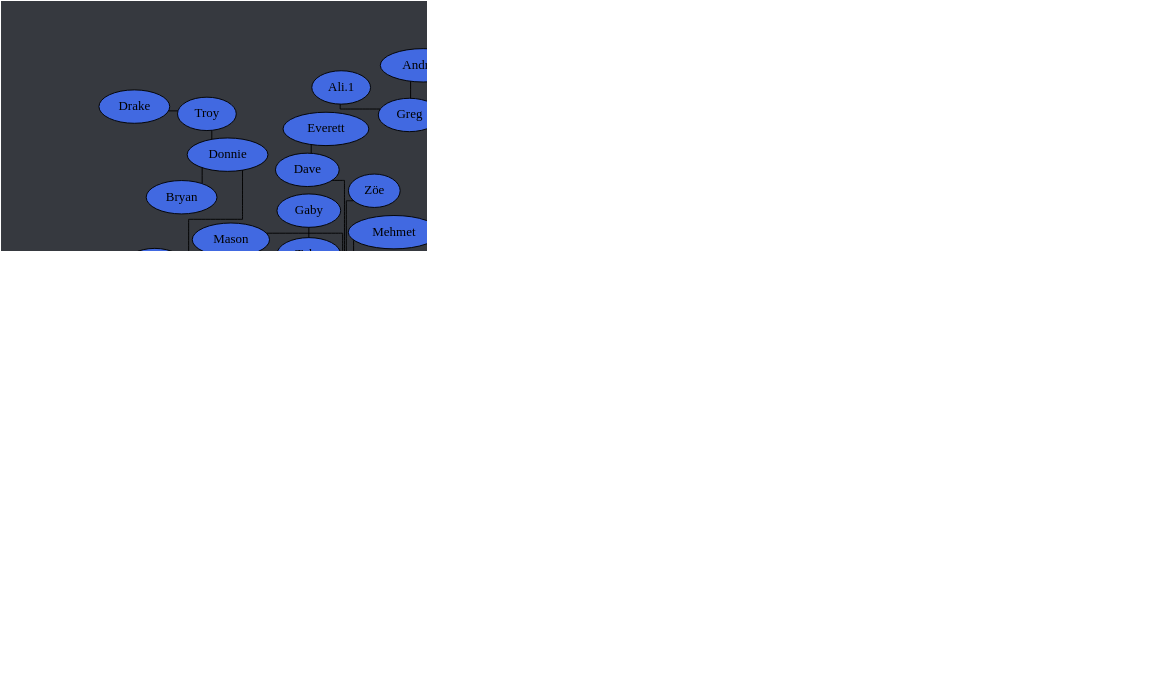
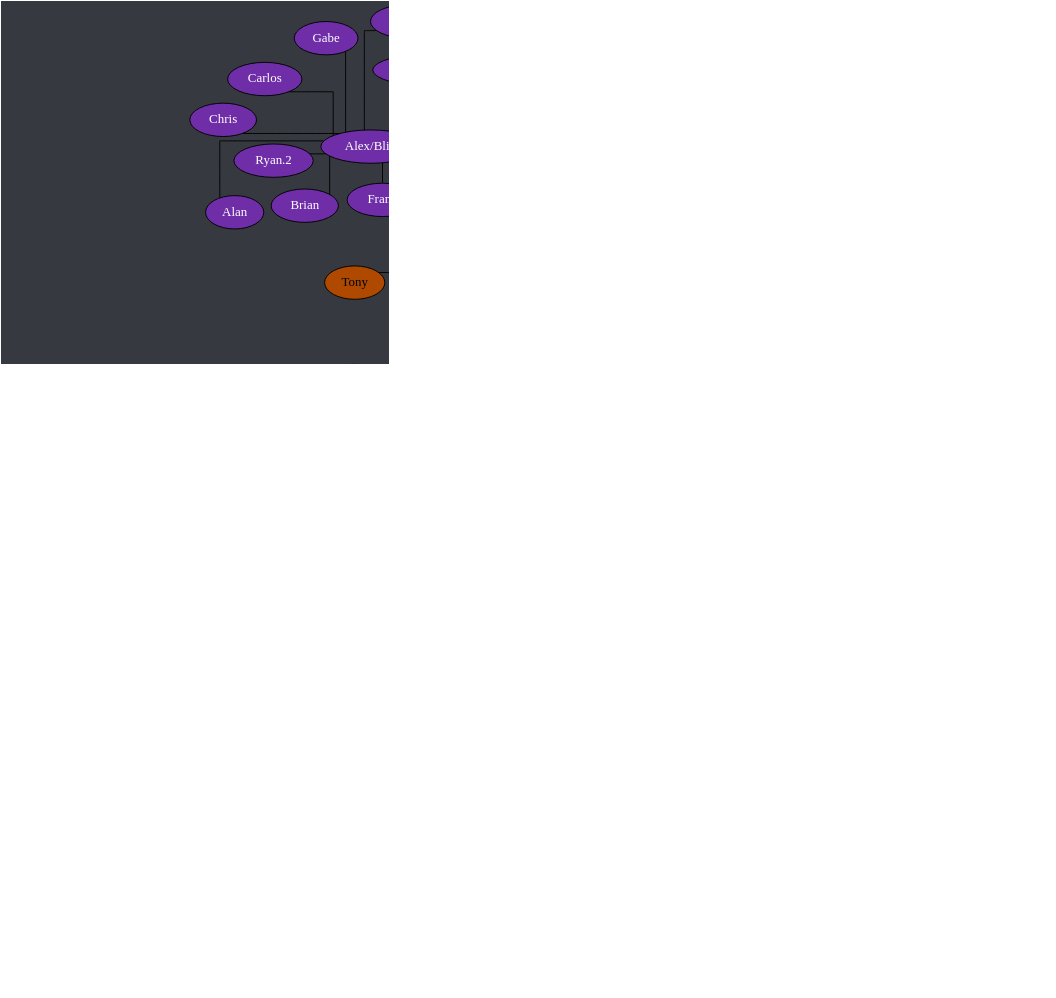
One commit to Documidas/CoronaCatzFamilyTree changed the diagram in tree.dot. Above: the diagram before and after it, drawn with Graphviz.

Commit message:
Add Carter (missed save)

```diff
--- a/tree.dot
+++ b/tree.dot
@@ -1,157 +1,158 @@
 strict graph {
 	// Layout Configuration
 	layout = neato;
 	dpi = 200;
 	epsilon = 0.01;
 	mode = major;
 	model = subset;
 	overlap = false;
 	splines = ortho;
 	start = rand;
 
 	// Visual Configuration
 	graph [ truecolor=true bgcolor="#36393f" ];
 	node [ style=filled fillcolor="gray" fontcolor="black" ];
 
 	subgraph "Joel" {
 		node [ style=filled fillcolor="firebrick4" fontcolor="white" ];
 		Joel [ style=filled fillcolor="gold" fontcolor="black" ];
 
 		Cayla -- "Ali.2";
 		Cayla -- Jonathan;
 		Cayla -- Kate;
 		Cayla -- Ranger;
 		Joel -- Anders;
 		Joel -- Cayla;
 		Joel -- Conner;
 		Joel -- Jared;
 		Joel -- Kat;
 		Joel -- Patrick;
 		Joel -- Steven;
 		Joel -- Zach;
 	}
 
 	subgraph "Anders" {
 		node [ style=filled fillcolor="green4" fontcolor="white" ];
 		// Anders [ style=filled fillcolor="green4" fontcolor="white" ];
 
 		Anders -- Chiara;
 		Anders -- Cody;
 		Anders -- Daniel;
 		Anders -- "Derek/Yaupon";
 		Anders -- DJ;
 		Anders -- Hahnur;
 		Anders -- Jen;
 		Anders -- Matt;
 		Anders -- Solis;
 		Anders -- Will;
 		Anders -- Wyatt;
 	}
 
 	subgraph "Jared" {
 		node [ style=filled fillcolor="royalblue" fontcolor="black" ];
 		// Jared [ style=filled fillcolor="royalblue" fontcolor="black" ];
 
 		Andrew -- Hannah;
 		Dave -- Everett;
 		Donnie -- Bryan;
 		Donnie -- Troy;
 		Greg -- "Ali.1";
 		Greg -- Andrew;
+		Greg -- Carter;
 		Hannah -- Logan;
 		Jared -- Brandi;
 		Jared -- Dave;
 		Jared -- Donnie;
 		Jared -- Fabi;
 		Jared -- "Jack.2";
 		Jared -- Tyler;
 		Jared -- Greg;
 		Jared -- Isabelle;
 		Jared -- Mason;
 		Jared -- Mehmet;
 		Jared -- Nam;
 		Jared -- Spencer;
 		Jared -- "Zach/Laniakea";
 		Jared -- "Zöe";
 		Logan -- Raana;
 		Troy -- Drake;
 		Tyler -- Gaby;
 	}
 
 	subgraph "Zach/Laniakea" {
 		node [ style=filled fillcolor="#4eff2c" fontcolor="black" ];
 		// "Zach/Laniakea" [ style=filled fillcolor="#4eff2c" fontcolor="black" ];
 
 		"Caio.2" -- "Kyle.1";
 		"Caio.2" -- Lucas;
 		"Zach/Laniakea" -- Allen;
 		"Zach/Laniakea" -- "Caio.2";
 		"Zach/Laniakea" -- Colin;
 		"Zach/Laniakea" -- John;
 		"Zach/Laniakea" -- Kevin;
 		"Zach/Laniakea" -- "Kyle.0";
 		"Zach/Laniakea" -- Mike;
 		"Zach/Laniakea" -- "Ryan.1";
 	}
 
 	subgraph "John" {
 		node [ style=filled fillcolor="#c89b3c" fontcolor="black" ];
 		// John [ style=filled fillcolor="#c89b3c" fontcolor="black" ];
 
 		Haber -- "Derek/Nomad";
 		John -- Anna;
 		John -- Emily;
 		John -- Haber;
 		John -- Jay;
 		John -- Jack;
 		John -- Lara;
 		John -- Monarch;
 		John -- "Oliger/Leanza";
 		John -- Thomas;
 	}
 
 	subgraph "John-stream" {
 		// node [ style=filled fillcolor="#9147ff" fontcolor="black" ];
 		node [ style=filled fillcolor="#c89b3c" fontcolor="black" ];
 
 		John -- "Michael/Wheezy";
 	}
 
 	subgraph "Thomas" {
 		node [ style=filled fillcolor="#b04900" fontcolor="black" ];
 		// Thomas [ style=filled fillcolor="#b04900" fontcolor="black" ];
 
 		Thomas -- Alex;
 		Thomas -- JD;
 		Thomas -- Josh;
 		Thomas -- Juan;
 		Thomas -- Taylor;
 		Thomas -- Tony;
 		Thomas -- Travis;
 	}
 
 	subgraph "Alex" {
 		node [ style=filled fillcolor="#6f2da8" fontcolor="white" ];
 		// Alex [ style=filled fillcolor="#6f2da8" fontcolor="black" ];
 
 		Alex -- "Alex/Blitt";
 		Alex -- "Da'Von";
 		Alex -- Sam;
 		"Alex/Blitt" -- Alan;
 		"Alex/Blitt" -- "Alex the 3rd";
 		"Alex/Blitt" -- Brian;
 		"Alex/Blitt" -- Carlos;
 		"Alex/Blitt" -- Chris;
 		"Alex/Blitt" -- Frank;
 		"Alex/Blitt" -- Gabe;
 		"Alex/Blitt" -- "Kyle.3";
 		"Alex/Blitt" -- "Ryan.2";
 		"Da'Von" -- Dalton;
 		"Da'Von" -- Kuri;
 		"Da'Von" -- Zellar;
 		Dalton -- Graysen;
 		Kuri -- Drew;
 		Kuri -- Jon;
 		Kuri -- Karma;
 	}
 }
```
